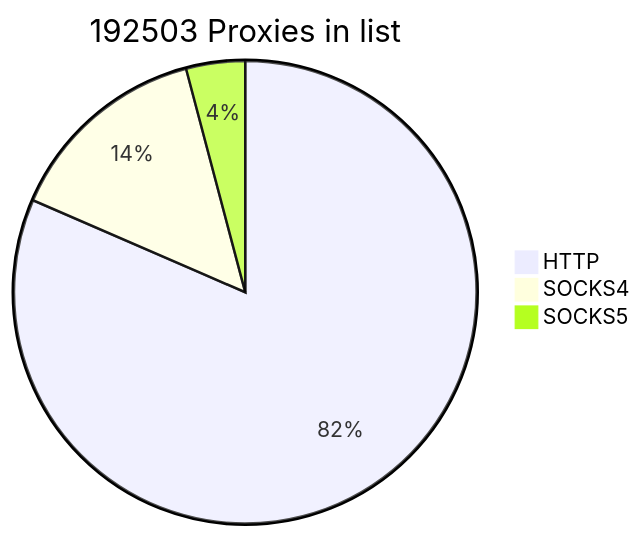
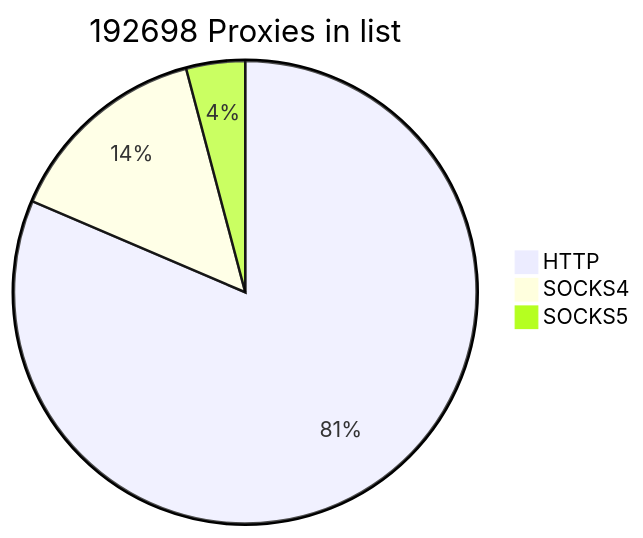
Before and after one commit to cutipu/proxylist: the first of 2 diagrams in README.md, drawn with Mermaid. The commit also changed other lines of this file, not shown here.

````diff
--- a/README.md
+++ b/README.md
@@ -2,7 +2,7 @@
 ```mermaid
-pie title 192503 Proxies in list
-    "HTTP" : 156910
-    "SOCKS4" : 27664
+pie title 192698 Proxies in list
+    "HTTP" : 156909
+    "SOCKS4" : 27860
     "SOCKS5" : 7929
             
 ```
````
